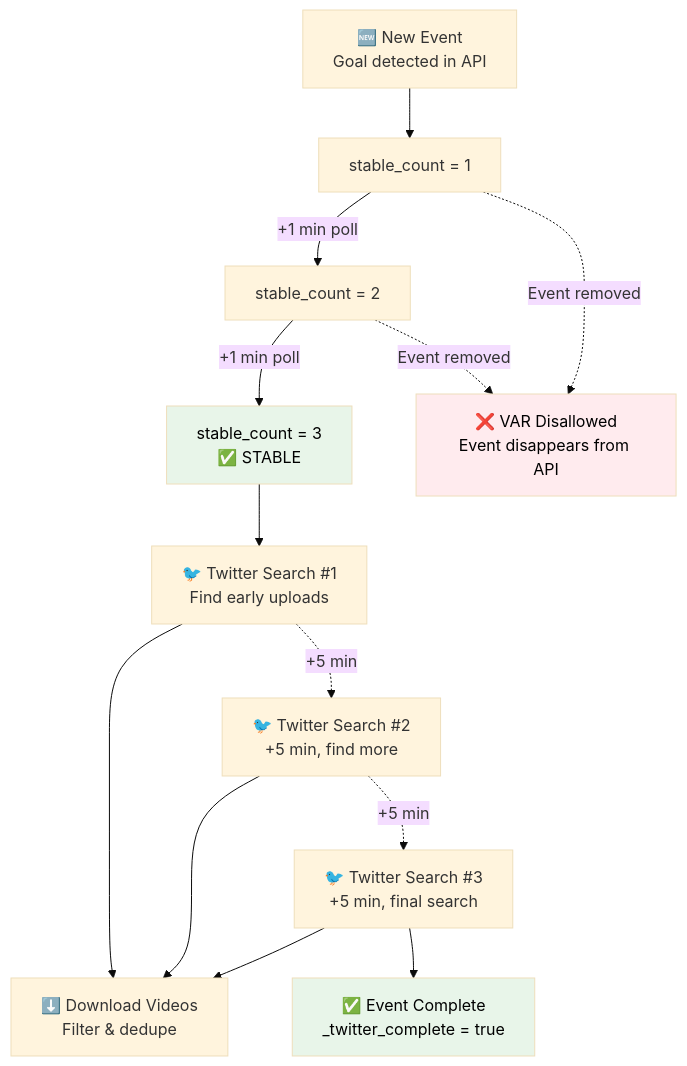
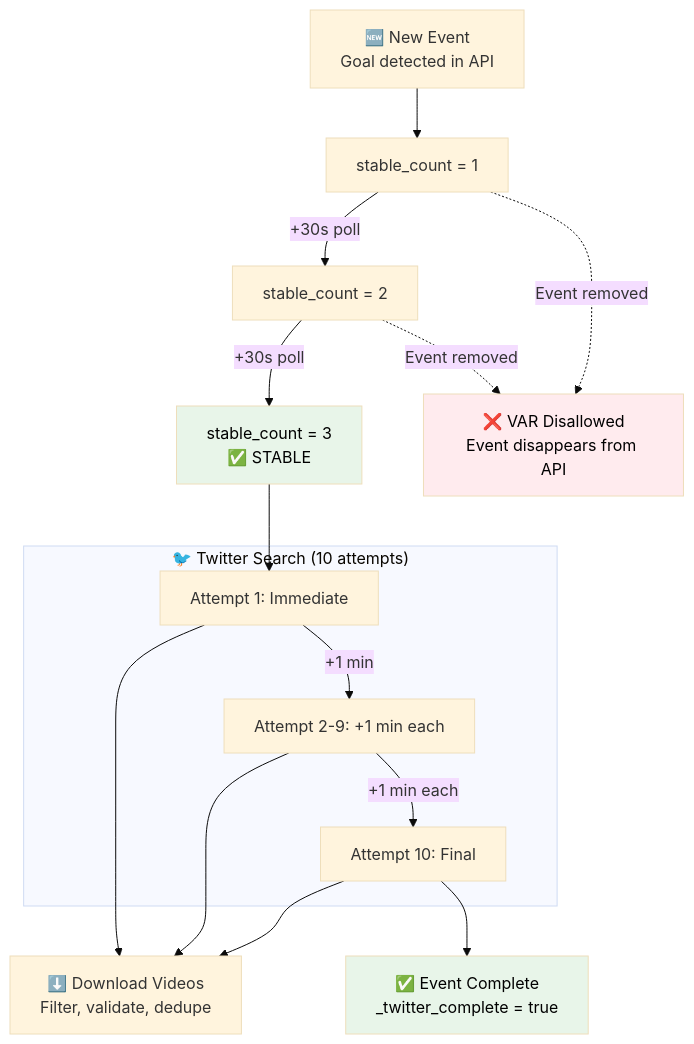
One commit to vedantadhobley/found-footy changed the fourth of 14 diagrams in README.md. Above: the diagram before and after it, drawn with Mermaid (base theme). The commit also changed other lines of this file and 4 other files, not shown here.

First line of the commit message:
docs: update README with multi-worker architecture and Mermaid diagrams

````diff
--- a/README.md
+++ b/README.md
@@ -139,32 +148,34 @@
 ```mermaid
 flowchart TB
     NEW[🆕 New Event<br/>Goal detected in API]
     COUNT1[stable_count = 1]
     COUNT2[stable_count = 2]
     COUNT3[stable_count = 3<br/>✅ STABLE]
     
-    TWITTER1[🐦 Twitter Search #1<br/>Find early uploads]
-    TWITTER2[🐦 Twitter Search #2<br/>+5 min, find more]
-    TWITTER3[🐦 Twitter Search #3<br/>+5 min, final search]
+    subgraph TWITTER["🐦 Twitter Search (10 attempts)"]
+        T1[Attempt 1: Immediate]
+        T2[Attempt 2-9: +1 min each]
+        T10[Attempt 10: Final]
+    end
     
-    DOWNLOAD[⬇️ Download Videos<br/>Filter & dedupe]
+    DOWNLOAD[⬇️ Download Videos<br/>Filter, validate, dedupe]
     COMPLETE[✅ Event Complete<br/>_twitter_complete = true]
     
     NEW --> COUNT1
-    COUNT1 -->|+1 min poll| COUNT2
-    COUNT2 -->|+1 min poll| COUNT3
-    COUNT3 --> TWITTER1
-    TWITTER1 --> DOWNLOAD
-    TWITTER1 -.->|+5 min| TWITTER2
-    TWITTER2 --> DOWNLOAD
-    TWITTER2 -.->|+5 min| TWITTER3
-    TWITTER3 --> DOWNLOAD
-    TWITTER3 --> COMPLETE
+    COUNT1 -->|+30s poll| COUNT2
+    COUNT2 -->|+30s poll| COUNT3
+    COUNT3 --> T1
+    T1 --> DOWNLOAD
+    T1 -->|+1 min| T2
+    T2 --> DOWNLOAD
+    T2 -->|+1 min each| T10
+    T10 --> DOWNLOAD
+    T10 --> COMPLETE
     
     VAR[❌ VAR Disallowed<br/>Event disappears from API]
     COUNT1 & COUNT2 -.->|Event removed| VAR
     
     style COUNT3 fill:#e8f5e9,color:#000
     style COMPLETE fill:#e8f5e9,color:#000
     style VAR fill:#ffebee,color:#000
 ```
````
